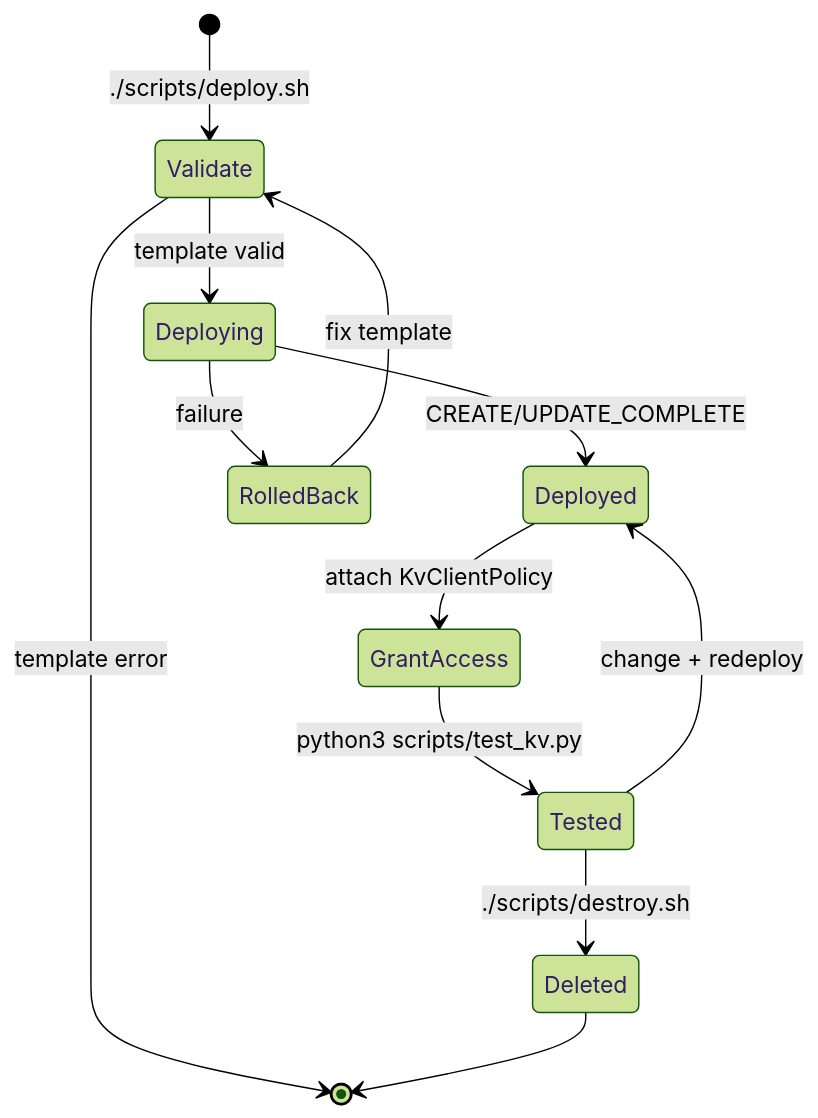
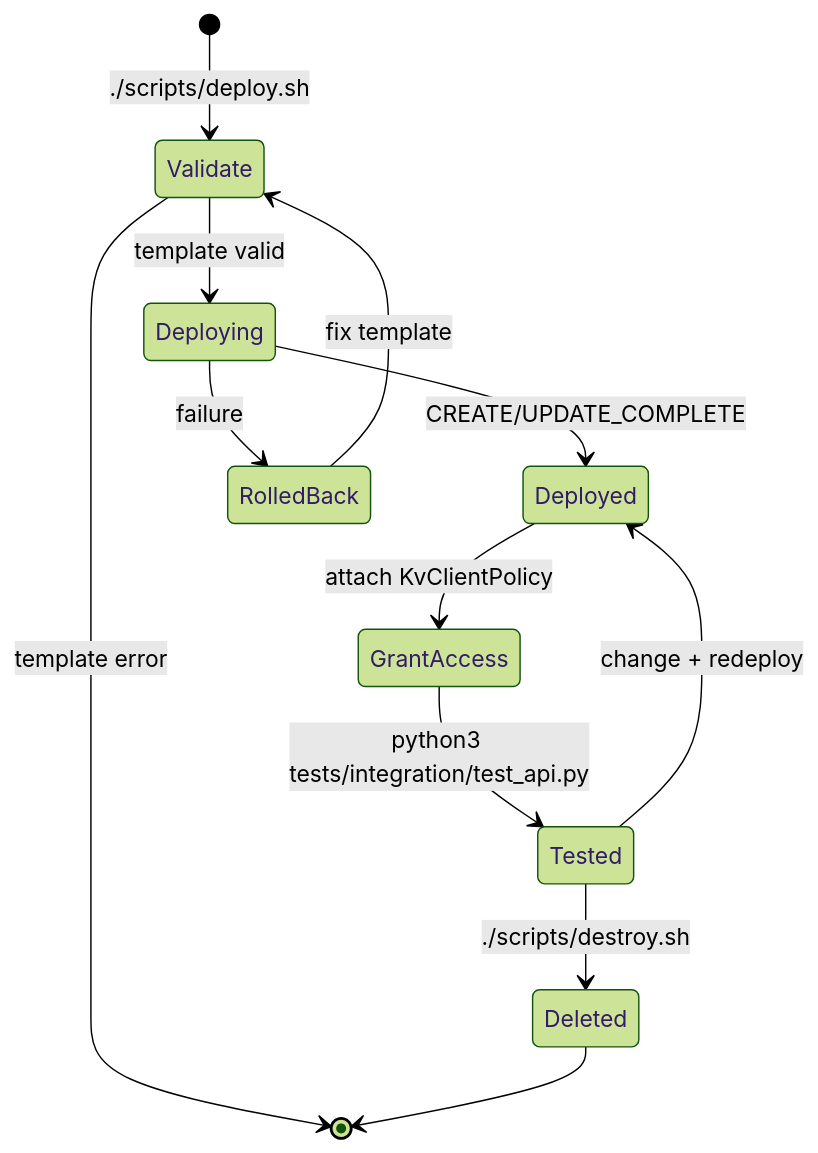
The third of 3 diagrams in projects/01-key-value-store/docs/workflow.md (TareDevarsh/AWS-cloudformation-projects), drawn with Mermaid (forest theme) before and after one commit. The commit also changed other lines of this file and 16 other files, not shown here.

Commit message:
Adopt src/ + tests/ layout, AWS-icon diagrams, badges, linked portfolio map

````diff
--- a/projects/01-key-value-store/docs/workflow.md
+++ b/projects/01-key-value-store/docs/workflow.md
@@ -52,14 +52,14 @@
 ```mermaid
 stateDiagram-v2
     [*] --> Validate: ./scripts/deploy.sh
     Validate --> Deploying: template valid
     Validate --> [*]: template error
     Deploying --> Deployed: CREATE/UPDATE_COMPLETE
     Deploying --> RolledBack: failure
     RolledBack --> Validate: fix template
     Deployed --> GrantAccess: attach KvClientPolicy
-    GrantAccess --> Tested: python3 scripts/test_kv.py
+    GrantAccess --> Tested: python3 tests/integration/test_api.py
     Tested --> Deployed: change + redeploy
     Tested --> Deleted: ./scripts/destroy.sh
     Deleted --> [*]
 ```
````
